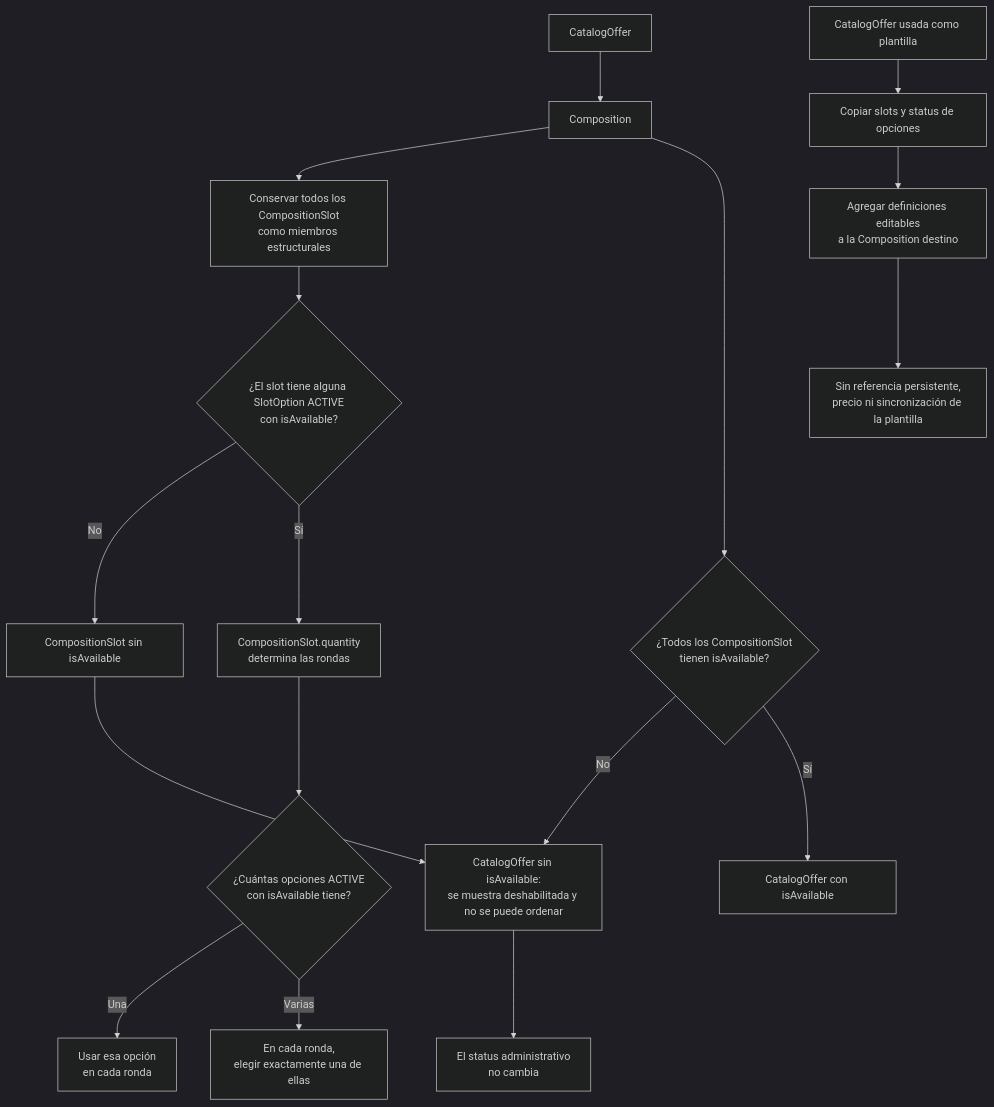
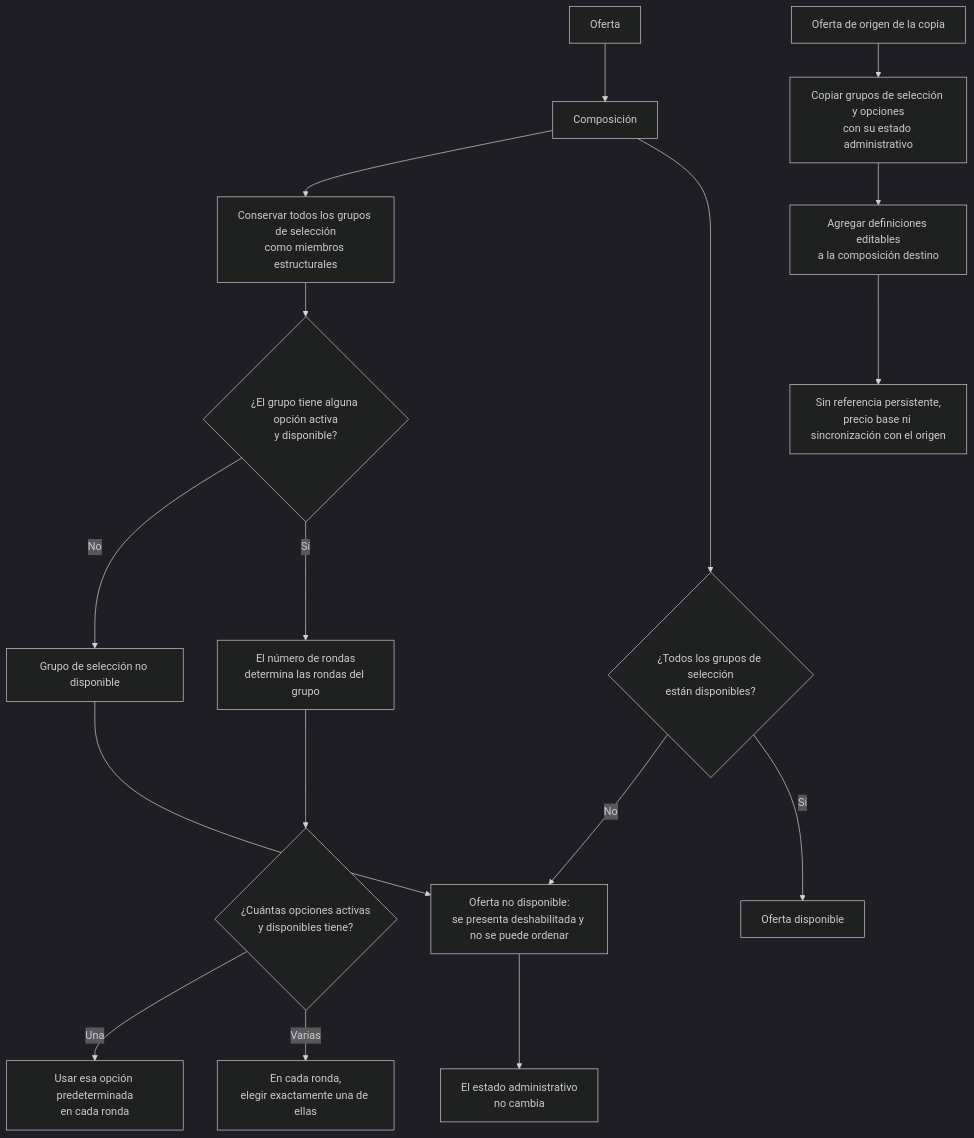
The sixth of 7 diagrams in docs/ers/architechture.md (FMAT-Restaurant/Menu-Documentation), drawn with Mermaid (dark theme) before and after one commit. The commit also changed other lines of this file and 21 other files, not shown here.

````diff
--- a/docs/ers/architechture.md
+++ b/docs/ers/architechture.md
@@ -221,20 +249,20 @@
 ```mermaid
 flowchart TB
-    Offer["CatalogOffer"] --> Composition["Composition"]
-    Composition --> AllSlots["Conservar todos los CompositionSlot<br/>como miembros estructurales"]
-    AllSlots --> SlotAvailable{"¿El slot tiene alguna SlotOption ACTIVE<br/>con isAvailable?"}
-    SlotAvailable -->|No| UnavailableSlot["CompositionSlot sin isAvailable"]
-    SlotAvailable -->|Sí| Rounds["CompositionSlot.quantity<br/>determina las rondas"]
-    Rounds --> Count{"¿Cuántas opciones ACTIVE<br/>con isAvailable tiene?"}
-    Count -->|Una| Default["Usar esa opción<br/>en cada ronda"]
+    Offer["Oferta"] --> Composition["Composición"]
+    Composition --> AllSlots["Conservar todos los grupos de selección<br/>como miembros estructurales"]
+    AllSlots --> SlotAvailable{"¿El grupo tiene alguna opción activa<br/>y disponible?"}
+    SlotAvailable -->|No| UnavailableSlot["Grupo de selección no disponible"]
+    SlotAvailable -->|Sí| Rounds["El número de rondas<br/>determina las rondas del grupo"]
+    Rounds --> Count{"¿Cuántas opciones activas<br/>y disponibles tiene?"}
+    Count -->|Una| Default["Usar esa opción predeterminada<br/>en cada ronda"]
     Count -->|Varias| Choice["En cada ronda,<br/>elegir exactamente una de ellas"]
-    UnavailableSlot --> UnavailableOffer["CatalogOffer sin isAvailable:<br/>se muestra deshabilitada y no se puede ordenar"]
-    Composition --> AllAvailable{"¿Todos los CompositionSlot<br/>tienen isAvailable?"}
+    UnavailableSlot --> UnavailableOffer["Oferta no disponible:<br/>se presenta deshabilitada y no se puede ordenar"]
+    Composition --> AllAvailable{"¿Todos los grupos de selección<br/>están disponibles?"}
     AllAvailable -->|No| UnavailableOffer
-    AllAvailable -->|Sí| AvailableOffer["CatalogOffer con isAvailable"]
-    UnavailableOffer --> KeepStatus["El status administrativo<br/>no cambia"]
+    AllAvailable -->|Sí| AvailableOffer["Oferta disponible"]
+    UnavailableOffer --> KeepStatus["El estado administrativo<br/>no cambia"]
 
-    Template["CatalogOffer usada como plantilla"] --> Copy["Copiar slots y status de opciones"]
-    Copy --> Destination["Agregar definiciones editables<br/>a la Composition destino"]
-    Destination --> Independent["Sin referencia persistente,<br/>precio ni sincronización de la plantilla"]
+    Template["Oferta de origen de la copia"] --> Copy["Copiar grupos de selección y opciones<br/>con su estado administrativo"]
+    Copy --> Destination["Agregar definiciones editables<br/>a la composición destino"]
+    Destination --> Independent["Sin referencia persistente,<br/>precio base ni sincronización con el origen"]
 ```
````
